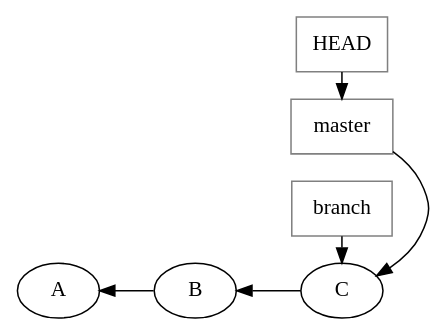
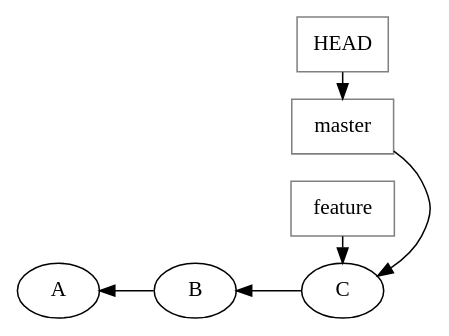
The diagram in graphs/branching2.gv (maartenberg/gitgud), drawn with Graphviz before and after one commit. The commit also changed 20 other files, not shown here.

```diff
--- a/graphs/branching2.gv
+++ b/graphs/branching2.gv
@@ -1,11 +1,11 @@
 digraph repo {
 	rankdir="RL";
 	C -> B;
 	B -> A;
 	node [rank=3,shape=box, color=grey] master;
-	node [rank=3,shape=box, color=grey] branch;
+	node [rank=3,shape=box, color=grey] feature;
 	master -> C;
 	HEAD -> master;
-	branch -> C;
-	{ rank = same; branch; C; master; HEAD;}
+	feature -> C;
+	{ rank = same; feature; C; master; HEAD;}
 }
```
